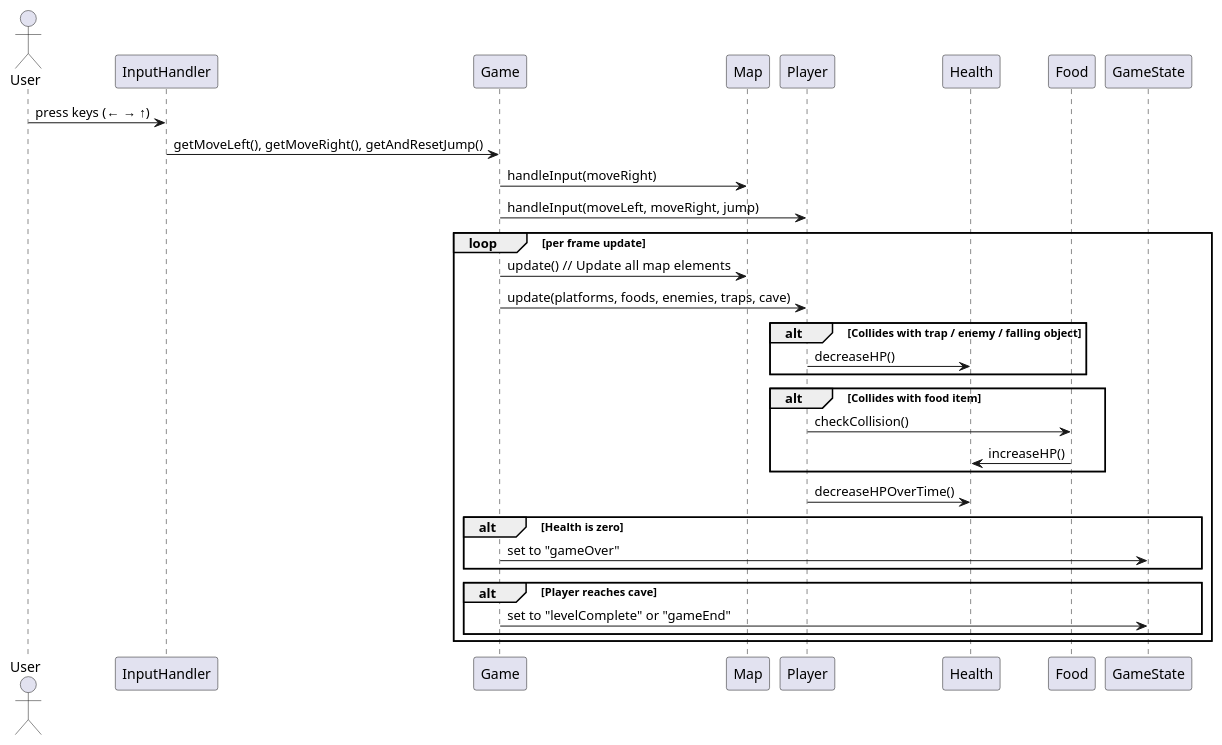
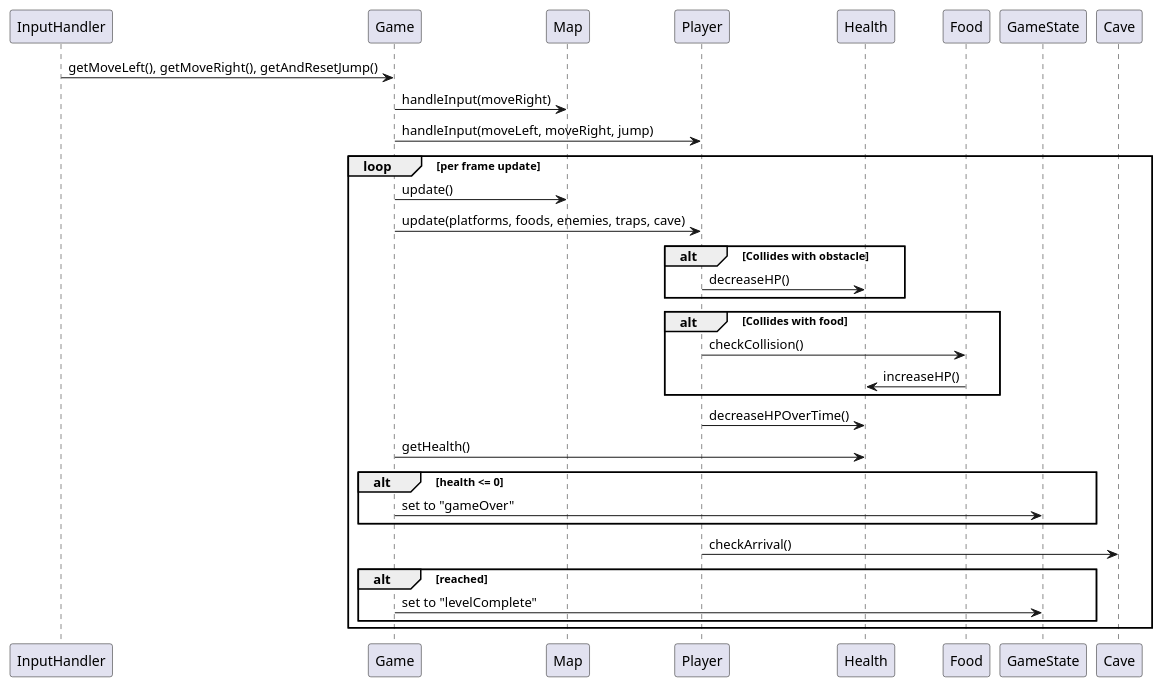
Before and after one commit to UoB-COMSM0166/2025-group-13: the diagram in documentation/other_docs/behavior.plantuml, drawn with PlantUML. The commit also changed 6 other files, not shown here.

```diff
--- a/documentation/other_docs/behavior.plantuml
+++ b/documentation/other_docs/behavior.plantuml
@@ -1,32 +1,33 @@
 @startuml
-actor User
 
-User -> InputHandler : press keys (← → ↑)
 InputHandler -> Game : getMoveLeft(), getMoveRight(), getAndResetJump()
 Game -> Map : handleInput(moveRight)
 Game -> Player : handleInput(moveLeft, moveRight, jump)
 
 loop per frame update
-    Game -> Map : update()  // Update all map elements
+    Game -> Map : update()
     Game -> Player : update(platforms, foods, enemies, traps, cave)
 
-    alt Collides with trap / enemy / falling object
+    alt Collides with obstacle
         Player -> Health : decreaseHP()
     end
 
-    alt Collides with food item
+    alt Collides with food
         Player -> Food : checkCollision()
         Food -> Health : increaseHP()
     end
 
     Player -> Health : decreaseHPOverTime()
 
-    alt Health is zero
+    Game -> Health : getHealth()
+    alt health <= 0
         Game -> GameState : set to "gameOver"
     end
 
-    alt Player reaches cave
-        Game -> GameState : set to "levelComplete" or "gameEnd"
+    Player -> Cave : checkArrival()
+    alt reached
+        Game -> GameState : set to "levelComplete"
     end
 end
+
 @enduml
```
